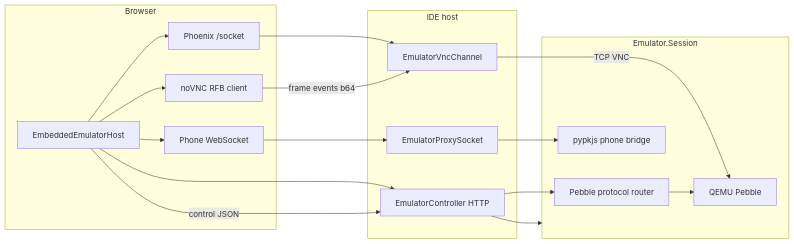
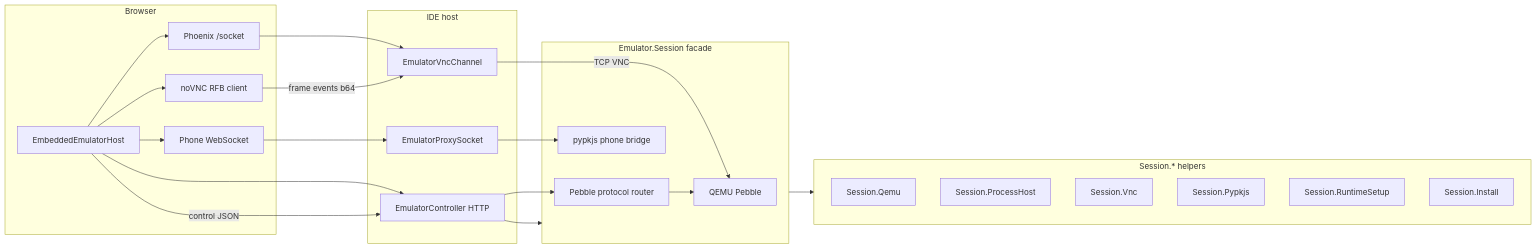
One commit to synalysis/elm-pebble changed the diagram in ide/docs/embedded-emulator.md. Above: the diagram before and after it, drawn with Mermaid. The commit also changed other lines of this file and 19 other files, not shown here.

````diff
--- a/ide/docs/embedded-emulator.md
+++ b/ide/docs/embedded-emulator.md
@@ -9,35 +9,46 @@
 ```mermaid
 flowchart LR
   subgraph browser [Browser]
     UI[EmbeddedEmulatorHost]
     noVNC[noVNC RFB client]
     PhoneWS[Phone WebSocket]
     Phoenix[Phoenix /socket]
   end
 
   subgraph ide [IDE host]
     API[EmulatorController HTTP]
     VncCh[EmulatorVncChannel]
     VncProxy[EmulatorProxySocket]
   end
 
-  subgraph session [Emulator.Session]
+  subgraph session [Emulator.Session facade]
     QEMU[QEMU Pebble]
     Router[Pebble protocol router]
     Pypkjs[pypkjs phone bridge]
   end
+
+  subgraph session_modules [Session.* helpers]
+    SessionQemu[Session.Qemu]
+    SessionHost[Session.ProcessHost]
+    SessionVnc[Session.Vnc]
+    SessionPypkjs[Session.Pypkjs]
+    SessionRuntime[Session.RuntimeSetup]
+    SessionInstall[Session.Install]
+  end
+
+  session --> session_modules
 
   UI --> API
   UI --> Phoenix
   Phoenix --> VncCh
   VncCh -->|TCP VNC| QEMU
   UI --> noVNC
   noVNC -->|frame events b64| VncCh
   UI --> PhoneWS
   PhoneWS --> VncProxy
   VncProxy --> Pypkjs
   API --> session
   UI -->|control JSON| API
   API --> Router
   Router --> QEMU
 ```
````
